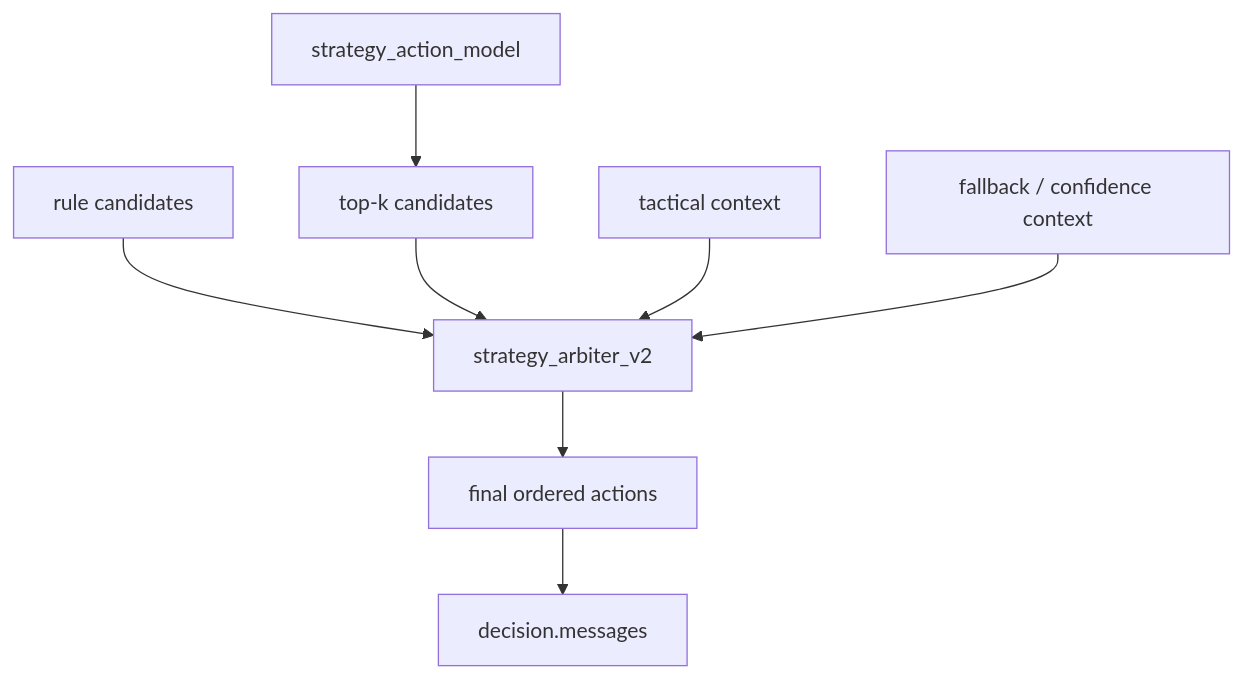
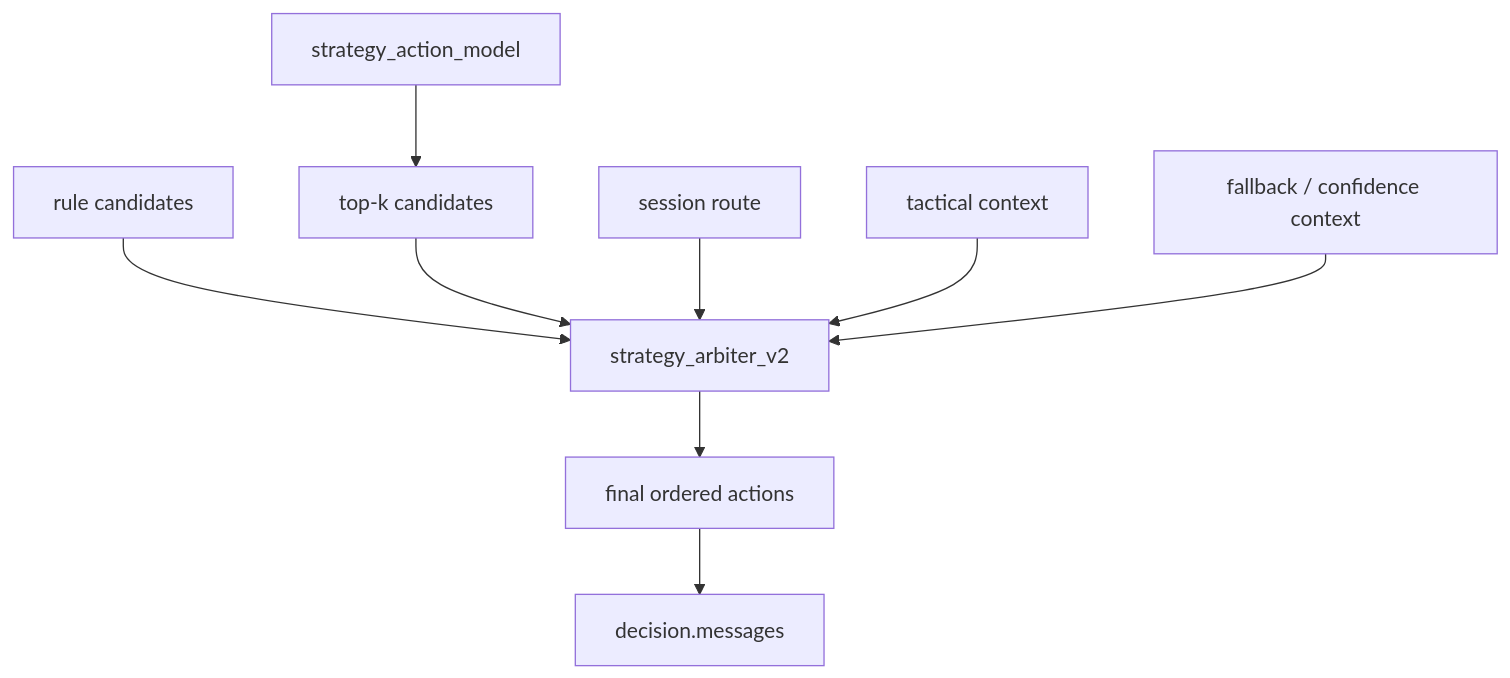
The fifth of 7 diagrams in asurada-core/CORE_WORKFLOW_CN.md (Sn55555/Asurada), drawn with Mermaid before and after one commit. The commit also changed other lines of this file and 8 other files, not shown here.

````diff
--- a/asurada-core/CORE_WORKFLOW_CN.md
+++ b/asurada-core/CORE_WORKFLOW_CN.md
@@ -223,10 +286,11 @@
 ```mermaid
 flowchart TB
     A["strategy_action_model"] --> B["top-k candidates"]
     C["rule candidates"] --> D["strategy_arbiter_v2"]
     B --> D
-    E["tactical context"] --> D
-    F["fallback / confidence context"] --> D
-    D --> G["final ordered actions"]
-    G --> H["decision.messages"]
+    E["session route"] --> D
+    F["tactical context"] --> D
+    G["fallback / confidence context"] --> D
+    D --> H["final ordered actions"]
+    H --> I["decision.messages"]
 ```
````
